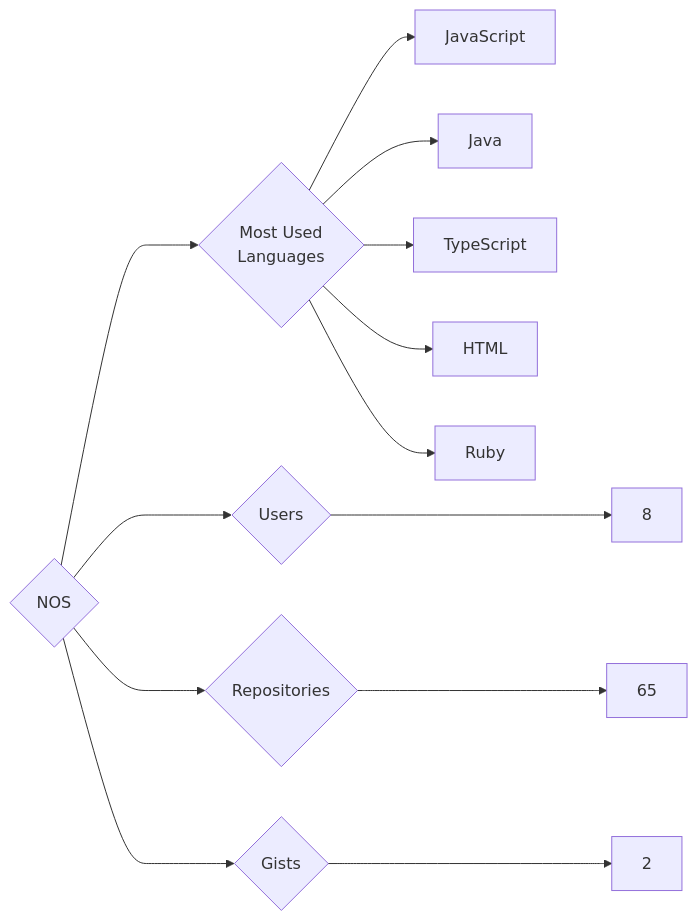
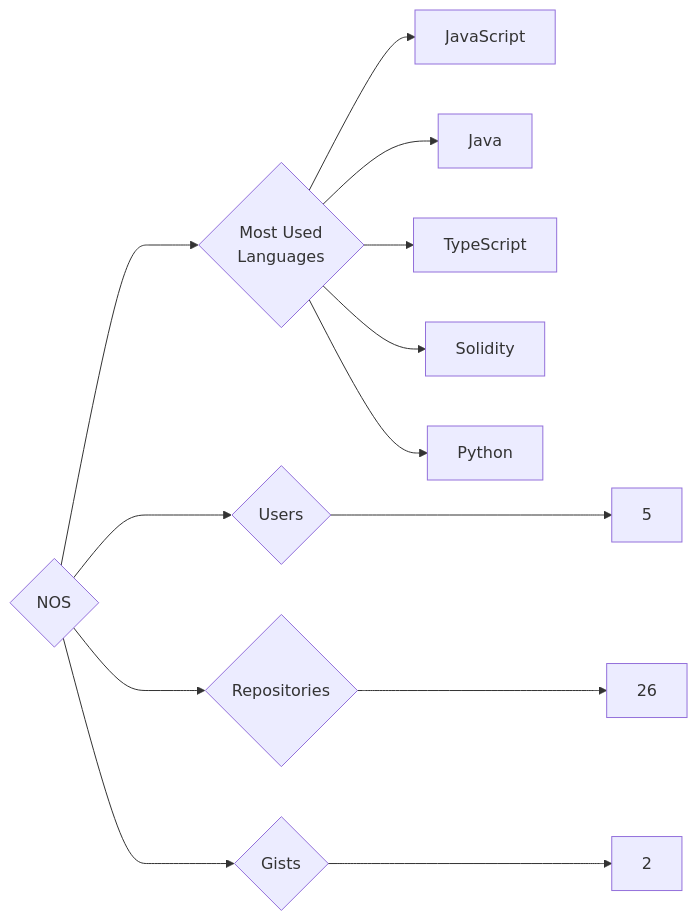
The diagram in targets/NOS/README.md (trickest/insiders), drawn with Mermaid before and after one commit. The commit also changed 1248 other files, not shown here.

````diff
--- a/targets/NOS/README.md
+++ b/targets/NOS/README.md
@@ -3,13 +3,13 @@
 ```mermaid
 graph LR
 COMPANY_NAME{NOS}
-COMPANY_NAME ---> U{Users} ---> UN[8]
-COMPANY_NAME ---> R{Repositories} ---> RN[65]
+COMPANY_NAME ---> U{Users} ---> UN[5]
+COMPANY_NAME ---> R{Repositories} ---> RN[26]
 COMPANY_NAME ---> G{Gists} ---> GN[2]
 COMPANY_NAME ---> ML{Most Used<br>Languages}
 ML --> JavaScript[JavaScript]
 ML --> Java[Java]
 ML --> TypeScript[TypeScript]
-ML --> HTML[HTML]
-ML --> Ruby[Ruby]
+ML --> Solidity[Solidity]
+ML --> Python[Python]
 ```
````
